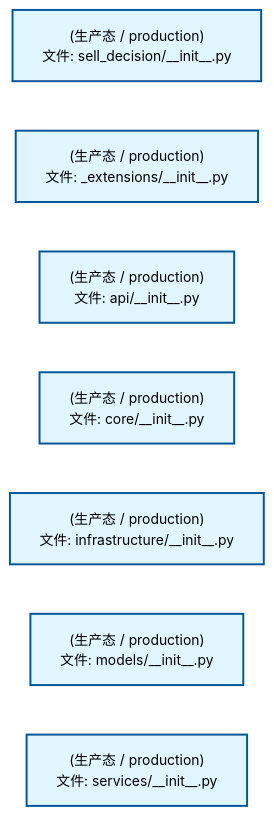
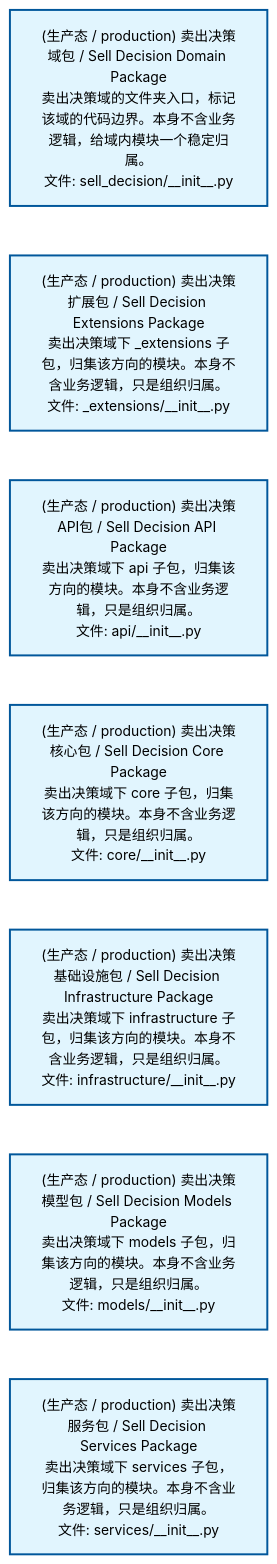
Before and after one commit to xuanFelixVan/ZephyrAlpha: the first of 2 diagrams in docs/02_enterprise_architecture/02_domain_architecture_docs/67_d_sell_decision.md, drawn with Mermaid. The commit also changed 54 other files, not shown here.

````diff
--- a/docs/02_enterprise_architecture/02_domain_architecture_docs/67_d_sell_decision.md
+++ b/docs/02_enterprise_architecture/02_domain_architecture_docs/67_d_sell_decision.md
@@ -53,22 +53,22 @@
 ```mermaid
 %%{init: {'theme': 'base', 'themeVariables': {'primaryColor': '#eaeaea', 'primaryTextColor': '#333333', 'primaryBorderColor': '#666666', 'lineColor': '#666666', 'secondaryColor': '#eaeaea', 'tertiaryColor': '#eaeaea', 'fontSize': '14px'}}}%%
 flowchart TD
-    src_zephyr_sell_decision_init_py["(生产态 / production)<br/>文件: sell_decision/__init__.py"]
-    src_zephyr_sell_decision_extensions_init_py["(生产态 / production)<br/>文件: _extensions/__init__.py"]
-    src_zephyr_sell_decision_api_init_py["(生产态 / production)<br/>文件: api/__init__.py"]
-    src_zephyr_sell_decision_core_init_py["(生产态 / production)<br/>文件: core/__init__.py"]
-    src_zephyr_sell_decision_infrastructure_init_py["(生产态 / production)<br/>文件: infrastructure/__init__.py"]
-    src_zephyr_sell_decision_models_init_py["(生产态 / production)<br/>文件: models/__init__.py"]
-    src_zephyr_sell_decision_services_init_py["(生产态 / production)<br/>文件: services/__init__.py"]
+    src_zephyr_sell_decision_init_py["(生产态 / production) 卖出决策域包 / Sell Decision Domain Package<br/>卖出决策域的文件夹入口，标记该域的代码边界。本身不含业务逻辑，给域内模块一个稳定归属。<br/>文件: sell_decision/__init__.py"]
+    src_zephyr_sell_decision_extensions_init_py["(生产态 / production) 卖出决策扩展包 / Sell Decision Extensions Package<br/>卖出决策域下 _extensions 子包，归集该方向的模块。本身不含业务逻辑，只是组织归属。<br/>文件: _extensions/__init__.py"]
+    src_zephyr_sell_decision_api_init_py["(生产态 / production) 卖出决策API包 / Sell Decision API Package<br/>卖出决策域下 api 子包，归集该方向的模块。本身不含业务逻辑，只是组织归属。<br/>文件: api/__init__.py"]
+    src_zephyr_sell_decision_core_init_py["(生产态 / production) 卖出决策核心包 / Sell Decision Core Package<br/>卖出决策域下 core 子包，归集该方向的模块。本身不含业务逻辑，只是组织归属。<br/>文件: core/__init__.py"]
+    src_zephyr_sell_decision_infrastructure_init_py["(生产态 / production) 卖出决策基础设施包 / Sell Decision Infrastructure Package<br/>卖出决策域下 infrastructure 子包，归集该方向的模块。本身不含业务逻辑，只是组织归属。<br/>文件: infrastructure/__init__.py"]
+    src_zephyr_sell_decision_models_init_py["(生产态 / production) 卖出决策模型包 / Sell Decision Models Package<br/>卖出决策域下 models 子包，归集该方向的模块。本身不含业务逻辑，只是组织归属。<br/>文件: models/__init__.py"]
+    src_zephyr_sell_decision_services_init_py["(生产态 / production) 卖出决策服务包 / Sell Decision Services Package<br/>卖出决策域下 services 子包，归集该方向的模块。本身不含业务逻辑，只是组织归属。<br/>文件: services/__init__.py"]
     src_zephyr_sell_decision_init_py ~~~ src_zephyr_sell_decision_extensions_init_py
     src_zephyr_sell_decision_extensions_init_py ~~~ src_zephyr_sell_decision_api_init_py
     src_zephyr_sell_decision_api_init_py ~~~ src_zephyr_sell_decision_core_init_py
     src_zephyr_sell_decision_core_init_py ~~~ src_zephyr_sell_decision_infrastructure_init_py
     src_zephyr_sell_decision_infrastructure_init_py ~~~ src_zephyr_sell_decision_models_init_py
     src_zephyr_sell_decision_models_init_py ~~~ src_zephyr_sell_decision_services_init_py
     classDef production fill:#e1f5fe,stroke:#01579b,stroke-width:2px,color:#000
     classDef design fill:#fff3e0,stroke:#e65100,stroke-width:2px,color:#000,stroke-dasharray: 5 5
     classDef external_prod fill:#e8f4fd,stroke:#0277bd,stroke-width:1px,color:#000
     classDef external_design fill:#fff8e7,stroke:#ef6c00,stroke-width:1px,color:#000,stroke-dasharray: 5 5
     class src_zephyr_sell_decision_init_py,src_zephyr_sell_decision_extensions_init_py,src_zephyr_sell_decision_api_init_py,src_zephyr_sell_decision_core_init_py,src_zephyr_sell_decision_infrastructure_init_py,src_zephyr_sell_decision_models_init_py,src_zephyr_sell_decision_services_init_py production
 ```
````
